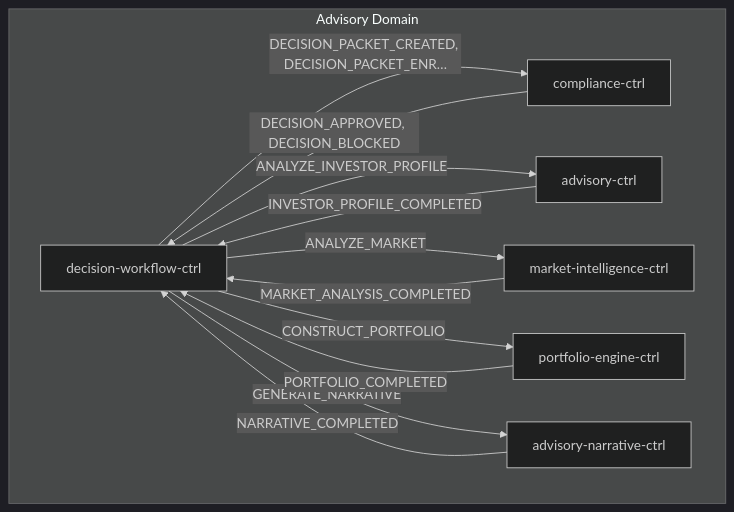
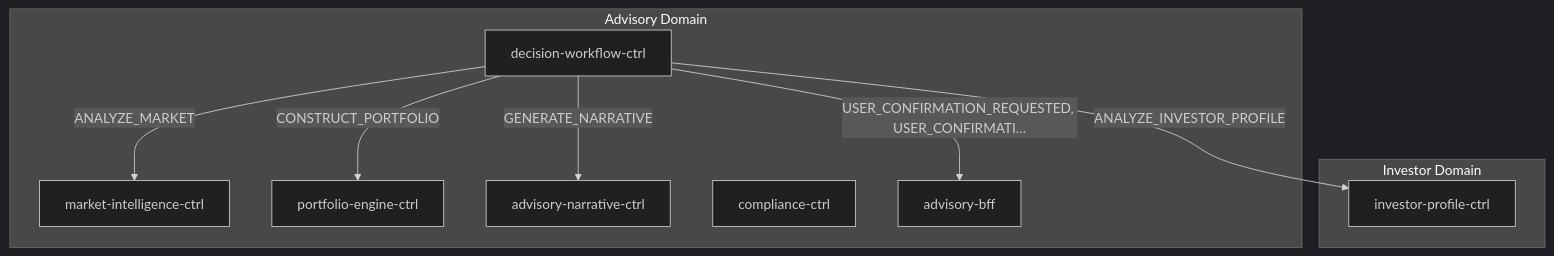
Before and after one commit to fabio-vitali/nestfolio: the first of 2 diagrams in docs/data-flows/advisory-cycle.md, drawn with Mermaid (dark theme). The commit also changed other lines of this file and 53 other files, not shown here.

First line of the commit message:
docs: regenerate all service cards, flow specs, and C4 diagrams via /init-docs

````diff
--- a/docs/data-flows/advisory-cycle.md
+++ b/docs/data-flows/advisory-cycle.md
@@ -11,21 +11,19 @@
 ```mermaid
 flowchart TD
     subgraph advisory["Advisory Domain"]
         decision_workflow_ctrl["decision-workflow-ctrl"]
-        advisory_ctrl["advisory-ctrl"]
         market_intelligence_ctrl["market-intelligence-ctrl"]
         portfolio_engine_ctrl["portfolio-engine-ctrl"]
         advisory_narrative_ctrl["advisory-narrative-ctrl"]
         compliance_ctrl["compliance-ctrl"]
+        advisory_bff["advisory-bff"]
     end
-    decision_workflow_ctrl -->|"DECISION_PACKET_CREATED, DECISION_PACKET_ENR…"| compliance_ctrl
-    decision_workflow_ctrl -->|"ANALYZE_INVESTOR_PROFILE"| advisory_ctrl
+    subgraph investor["Investor Domain"]
+        investor_profile_ctrl["investor-profile-ctrl"]
+    end
+    decision_workflow_ctrl -->|"ANALYZE_INVESTOR_PROFILE"| investor_profile_ctrl
     decision_workflow_ctrl -->|"ANALYZE_MARKET"| market_intelligence_ctrl
     decision_workflow_ctrl -->|"CONSTRUCT_PORTFOLIO"| portfolio_engine_ctrl
     decision_workflow_ctrl -->|"GENERATE_NARRATIVE"| advisory_narrative_ctrl
-    advisory_ctrl -->|"INVESTOR_PROFILE_COMPLETED"| decision_workflow_ctrl
-    market_intelligence_ctrl -->|"MARKET_ANALYSIS_COMPLETED"| decision_workflow_ctrl
-    portfolio_engine_ctrl -->|"PORTFOLIO_COMPLETED"| decision_workflow_ctrl
-    advisory_narrative_ctrl -->|"NARRATIVE_COMPLETED"| decision_workflow_ctrl
-    compliance_ctrl -->|"DECISION_APPROVED, DECISION_BLOCKED"| decision_workflow_ctrl
+    decision_workflow_ctrl -->|"USER_CONFIRMATION_REQUESTED, USER_CONFIRMATI…"| advisory_bff
 ```
````
